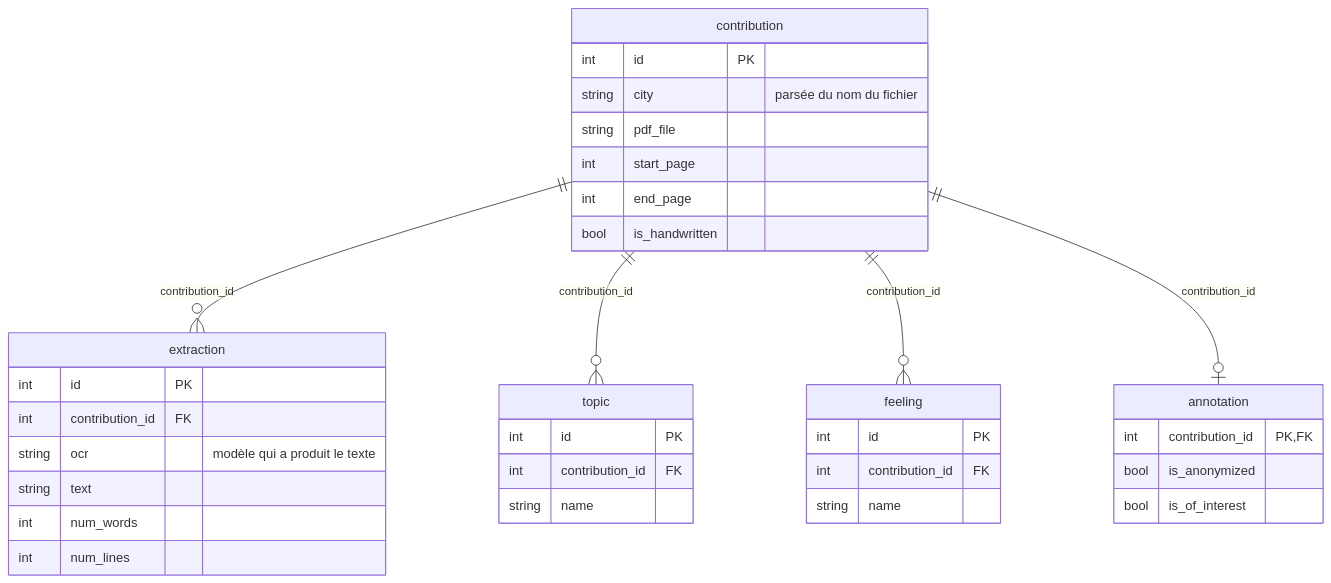
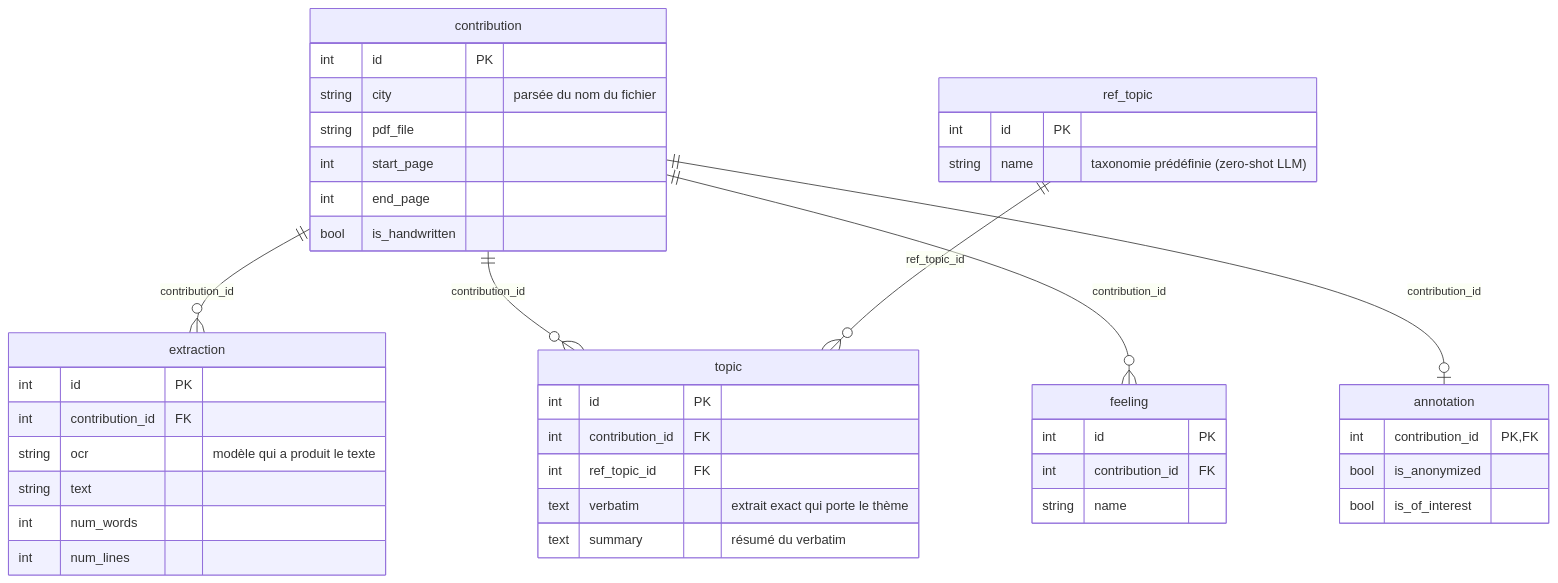
The diagram in database/README.md (JBAujogue/cahier_doleances), drawn with Mermaid before and after one commit. The commit also changed other lines of this file and 10 other files, not shown here.

Commit message:
feat: topic devient une instance (ref_topic, verbatim, summary)

````diff
--- a/database/README.md
+++ b/database/README.md
@@ -5,39 +5,46 @@
 ```mermaid
 erDiagram
     contribution ||--o{ extraction : "contribution_id"
     contribution ||--o{ topic : "contribution_id"
+    ref_topic ||--o{ topic : "ref_topic_id"
     contribution ||--o{ feeling : "contribution_id"
     contribution ||--o| annotation : "contribution_id"
 
     contribution {
         int id PK
         string city "parsée du nom du fichier"
         string pdf_file
         int start_page
         int end_page
         bool is_handwritten
     }
     extraction {
         int id PK
         int contribution_id FK
         string ocr "modèle qui a produit le texte"
         string text
         int num_words
         int num_lines
     }
+    ref_topic {
+        int id PK
+        string name "taxonomie prédéfinie (zero-shot LLM)"
+    }
     topic {
         int id PK
         int contribution_id FK
-        string name
+        int ref_topic_id FK
+        text verbatim "extrait exact qui porte le thème"
+        text summary "résumé du verbatim"
     }
     feeling {
         int id PK
         int contribution_id FK
         string name
     }
     annotation {
         int contribution_id PK, FK
         bool is_anonymized
         bool is_of_interest
     }
 ```
````
